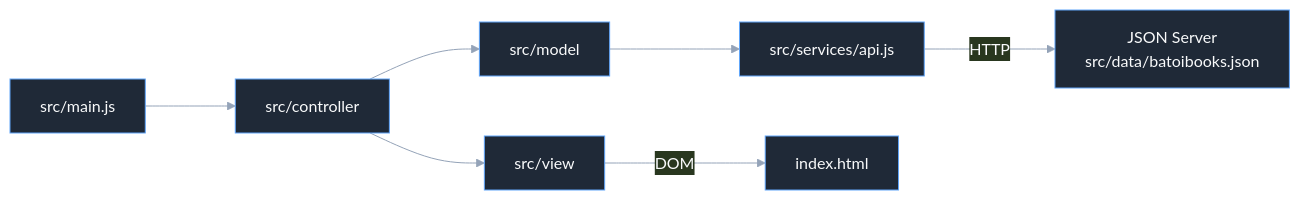
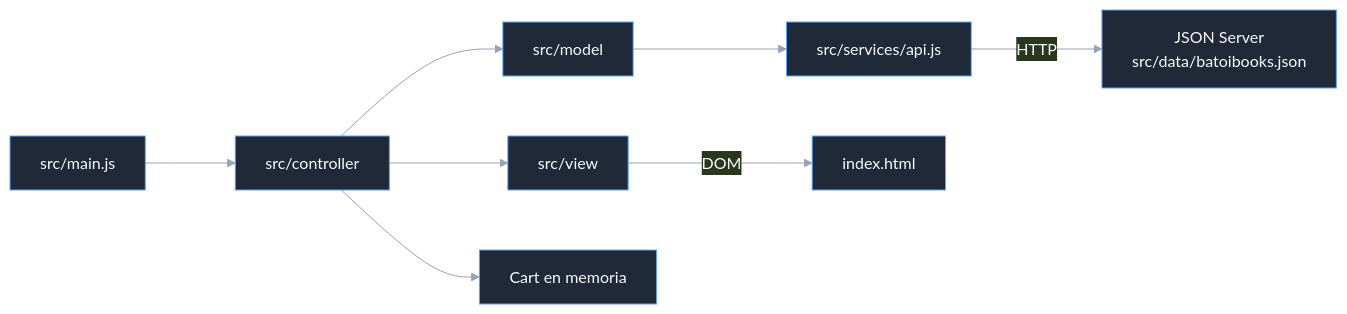
The diagram in README.md (DavidTorro/BatoiBooks), drawn with Mermaid before and after one commit. The commit also changed other lines of this file, not shown here.

````diff
--- a/README.md
+++ b/README.md
@@ -34,21 +36,22 @@
 ```mermaid
 %%{init: {
     "theme": "base",
     "flowchart": { "curve": "basis", "nodeSpacing": 60, "rankSpacing": 90 },
     "themeVariables": {
         "primaryColor": "#1f2937",
         "primaryTextColor": "#f9fafb",
         "primaryBorderColor": "#60a5fa",
         "lineColor": "#94a3b8",
         "tertiaryColor": "#0f172a"
     }
 }}%%
 
 flowchart LR
     app["src/main.js"] --> controller["src/controller"]
     controller --> view["src/view"]
     controller --> model["src/model"]
+    controller --> cart["Cart en memoria"]
     model --> api["src/services/api.js"]
     api -- HTTP --> database["JSON Server<br/>src/data/batoibooks.json"]
     view -- DOM --> page["index.html"]
 ```
````
